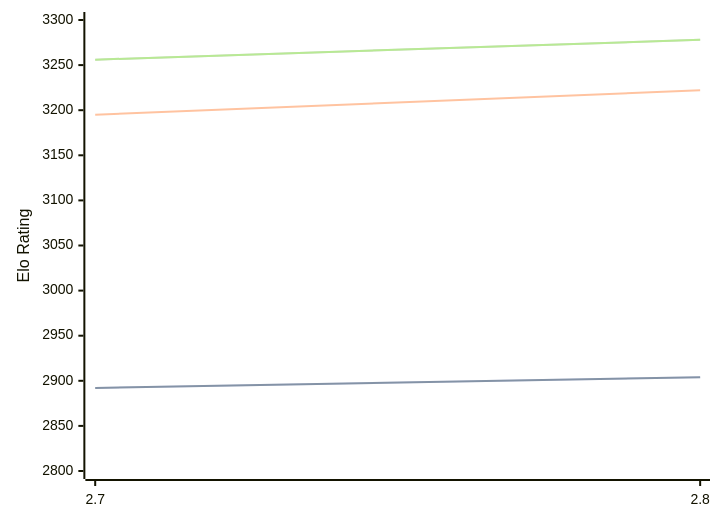
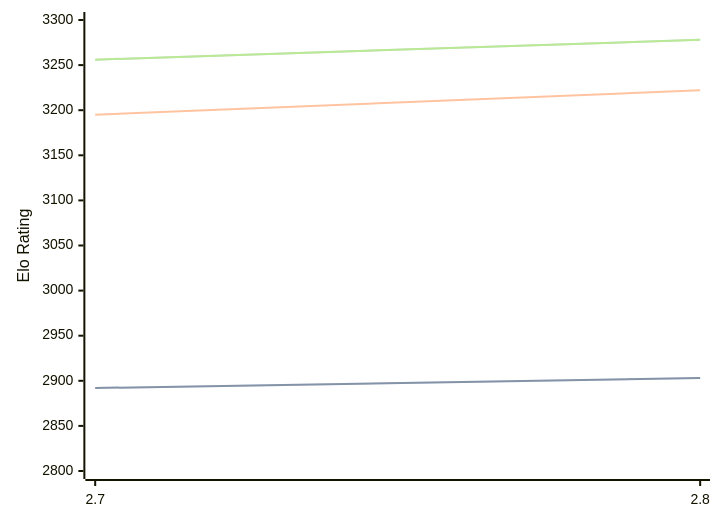
Before and after one commit to computer-chess-index/cci: the diagram in engines/Arcanum.md, drawn with Mermaid. The commit also changed other lines of this file, not shown here.

````diff
--- a/engines/Arcanum.md
+++ b/engines/Arcanum.md
@@ -32,11 +32,11 @@
 ```mermaid
 %%{init: {"theme":"base","themeVariables":{"seriesColors:['#a3a3a3','#222221','#faa371']}}}%%
 xychart-beta
   x-axis ["2.7", "2.8"]
   y-axis "Elo Rating" 2800 --> 3300
-  line "STC (8.0+0.08s)" [2892, 2904]
-  line "STC (8.0+0.08s)" [2892, 2904]
+  line "STC (8.0+0.08s)" [2892, 2903]
+  line "STC (8.0+0.08s)" [2892, 2903]
   line "LTC (60.0+0.60s)" [3195, 3222]
   line "VLTC (2m24s+1.12s)" [3256, 3278]
   line "VLTC (2m24s+1.12s)" [3256, 3278]
 ```
````
